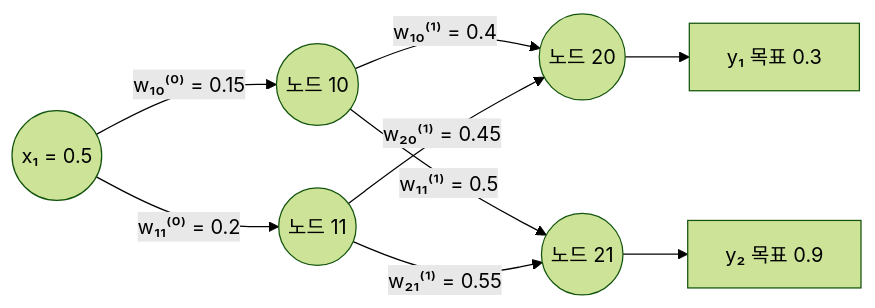
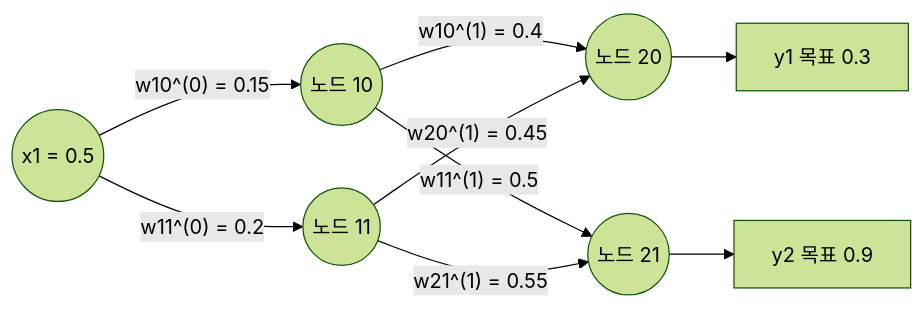
Before and after one commit to Choroning/25Fall_Software-Applications: the fifth of 5 diagrams in Lecture-Notes/Lec01_Deep-Learning-Fundamentals/Concepts_Lecture.ko.md, drawn with Mermaid (forest theme). The commit also changed other lines of this file and 7 other files, not shown here.

First line of the commit message:
Fix diagram labels and definition boxes after review

````diff
--- a/Lecture-Notes/Lec01_Deep-Learning-Fundamentals/Concepts_Lecture.ko.md
+++ b/Lecture-Notes/Lec01_Deep-Learning-Fundamentals/Concepts_Lecture.ko.md
@@ -638,11 +638,11 @@
 ```mermaid
 graph LR
-    X(("x₁ = 0.5")) -->|"w₁₀⁽⁰⁾ = 0.15"| N10(("노드 10"))
-    X -->|"w₁₁⁽⁰⁾ = 0.2"| N11(("노드 11"))
-    N10 -->|"w₁₀⁽¹⁾ = 0.4"| N20(("노드 20"))
-    N10 -->|"w₁₁⁽¹⁾ = 0.5"| N21(("노드 21"))
-    N11 -->|"w₂₀⁽¹⁾ = 0.45"| N20
-    N11 -->|"w₂₁⁽¹⁾ = 0.55"| N21
-    N20 --> Y1["y₁ 목표 0.3"]
-    N21 --> Y2["y₂ 목표 0.9"]
+    X(("x1 = 0.5")) -->|"w10^(0) = 0.15"| N10(("노드 10"))
+    X -->|"w11^(0) = 0.2"| N11(("노드 11"))
+    N10 -->|"w10^(1) = 0.4"| N20(("노드 20"))
+    N10 -->|"w11^(1) = 0.5"| N21(("노드 21"))
+    N11 -->|"w20^(1) = 0.45"| N20
+    N11 -->|"w21^(1) = 0.55"| N21
+    N20 --> Y1["y1 목표 0.3"]
+    N21 --> Y2["y2 목표 0.9"]
 ```
````
